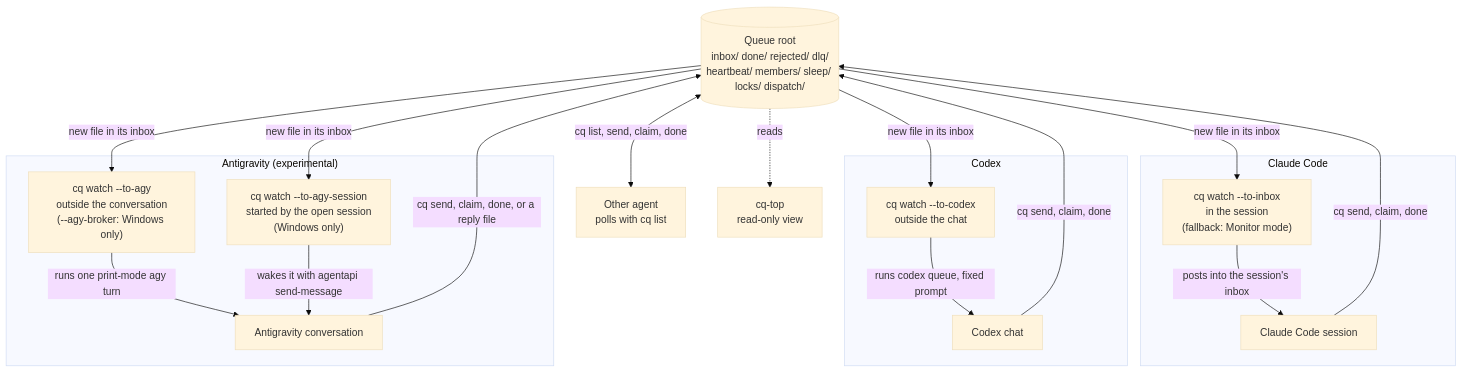
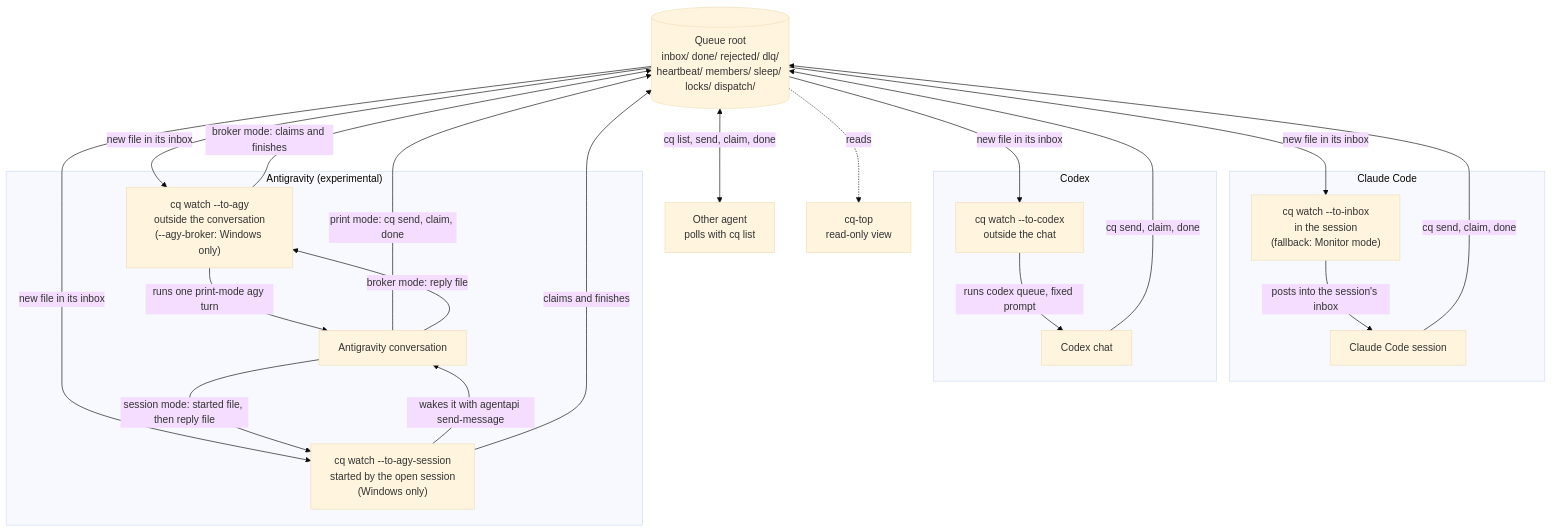
Before and after one commit to niklasrichardson/session-queue: the diagram in README.md, drawn with Mermaid (base theme). The commit also changed other lines of this file, not shown here.

Commit message:
docs: README: split Antigravity return paths by mode (#113 follow-up) (#115)

````diff
--- a/README.md
+++ b/README.md
@@ -25,37 +25,41 @@
 ```mermaid
 flowchart TB
     R[("Queue root<br/>inbox/ done/ rejected/ dlq/<br/>heartbeat/ members/ sleep/ locks/ dispatch/")]
 
     subgraph claude["Claude Code"]
         WI["cq watch --to-inbox<br/>in the session<br/>(fallback: Monitor mode)"]
         CC["Claude Code session"]
         WI -->|"posts into the session's inbox"| CC
     end
 
     subgraph codex["Codex"]
         WC["cq watch --to-codex<br/>outside the chat"]
         CX["Codex chat"]
         WC -->|"runs codex queue, fixed prompt"| CX
     end
 
     subgraph agy["Antigravity (experimental)"]
         WA["cq watch --to-agy<br/>outside the conversation<br/>(--agy-broker: Windows only)"]
         WS["cq watch --to-agy-session<br/>started by the open session<br/>(Windows only)"]
         AX["Antigravity conversation"]
         WA -->|"runs one print-mode agy turn"| AX
         WS -->|"wakes it with agentapi send-message"| AX
     end
 
     OA["Other agent<br/>polls with cq list"]
     TOP["cq-top<br/>read-only view"]
 
     R -->|"new file in its inbox"| WI
     R -->|"new file in its inbox"| WC
     R -->|"new file in its inbox"| WA
     R -->|"new file in its inbox"| WS
     CC -->|"cq send, claim, done"| R
     CX -->|"cq send, claim, done"| R
-    AX -->|"cq send, claim, done, or a reply file"| R
+    AX -->|"print mode: cq send, claim, done"| R
+    AX -->|"broker mode: reply file"| WA
+    AX -->|"session mode: started file, then reply file"| WS
+    WA -->|"broker mode: claims and finishes"| R
+    WS -->|"claims and finishes"| R
     R <-->|"cq list, send, claim, done"| OA
     R -.->|"reads"| TOP
 ```
````
